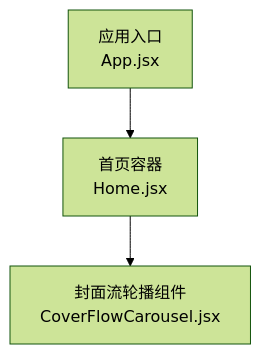
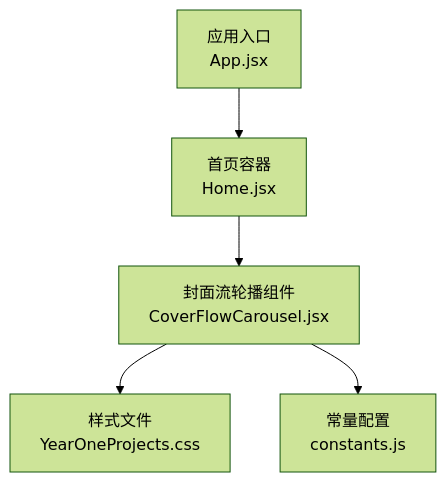
Before and after one commit to lithos666/lithos666.github.io: the first of 7 diagrams in .qoder/repowiki/zh/content/UI组件库/封面流轮播组件.md, drawn with Mermaid (forest theme). The commit also changed other lines of this file and 51 other files, not shown here.

````diff
--- a/.qoder/repowiki/zh/content/UI组件库/封面流轮播组件.md
+++ b/.qoder/repowiki/zh/content/UI组件库/封面流轮播组件.md
@@ -28,5 +39,7 @@
 ```mermaid
 graph TB
 A["应用入口<br/>App.jsx"] --> B["首页容器<br/>Home.jsx"]
 B --> C["封面流轮播组件<br/>CoverFlowCarousel.jsx"]
+C --> D["样式文件<br/>YearOneProjects.css"]
+C --> E["常量配置<br/>constants.js"]
 ```
````
